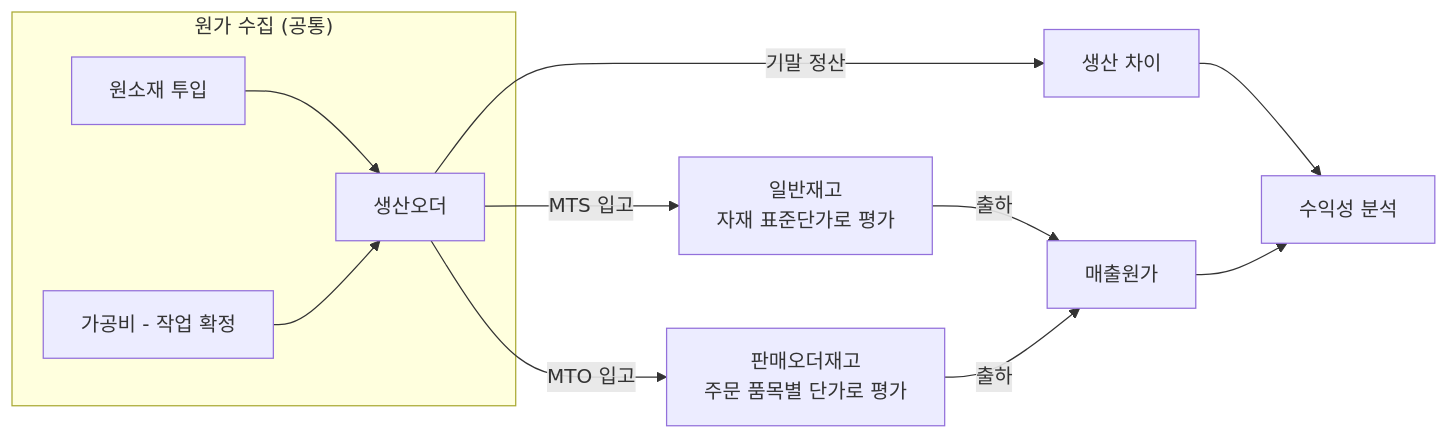
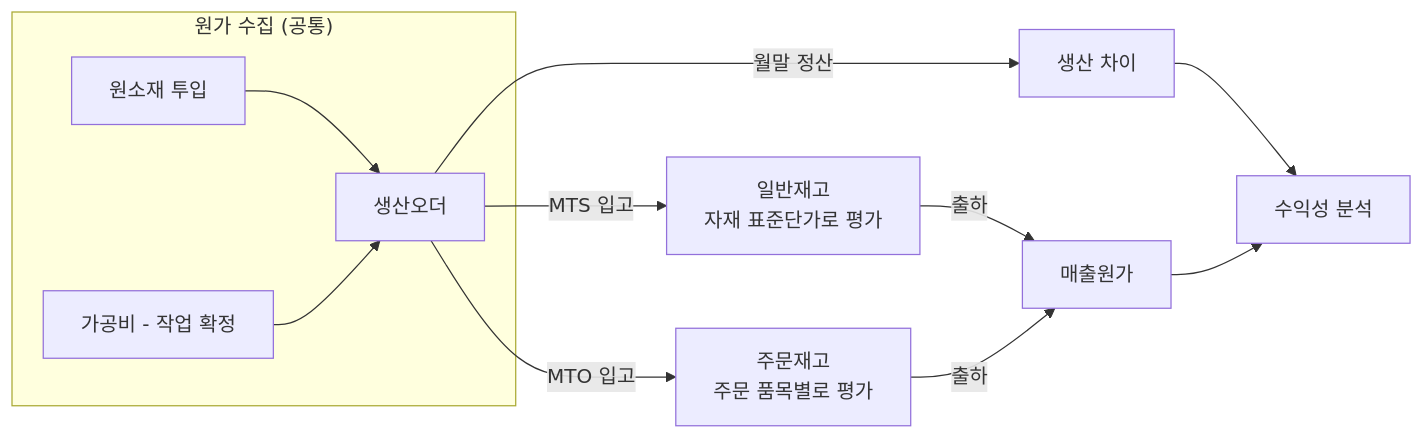
The ninth of 11 diagrams in docs/mto-mts-hybrid-analysis.md (donseok/mes-to-be-doc), drawn with Mermaid before and after one commit. The commit also changed other lines of this file and 6 other files, not shown here.

````diff
--- a/docs/mto-mts-hybrid-analysis.md
+++ b/docs/mto-mts-hybrid-analysis.md
@@ -362,14 +360,14 @@
 ```mermaid
 flowchart LR
   subgraph COLLECT["원가 수집 (공통)"]
     I1["원소재 투입"] --> PO["생산오더"]
     I2["가공비 - 작업 확정"] --> PO
   end
   PO -->|"MTS 입고"| ST1["일반재고<br/>자재 표준단가로 평가"]
-  PO -->|"MTO 입고"| ST2["판매오더재고<br/>주문 품목별 단가로 평가"]
-  PO -->|"기말 정산"| VAR["생산 차이"]
+  PO -->|"MTO 입고"| ST2["주문재고<br/>주문 품목별로 평가"]
+  PO -->|"월말 정산"| VAR["생산 차이"]
   ST1 -->|"출하"| COGS["매출원가"]
   ST2 -->|"출하"| COGS
   VAR --> PA["수익성 분석"]
   COGS --> PA
 ```
````
